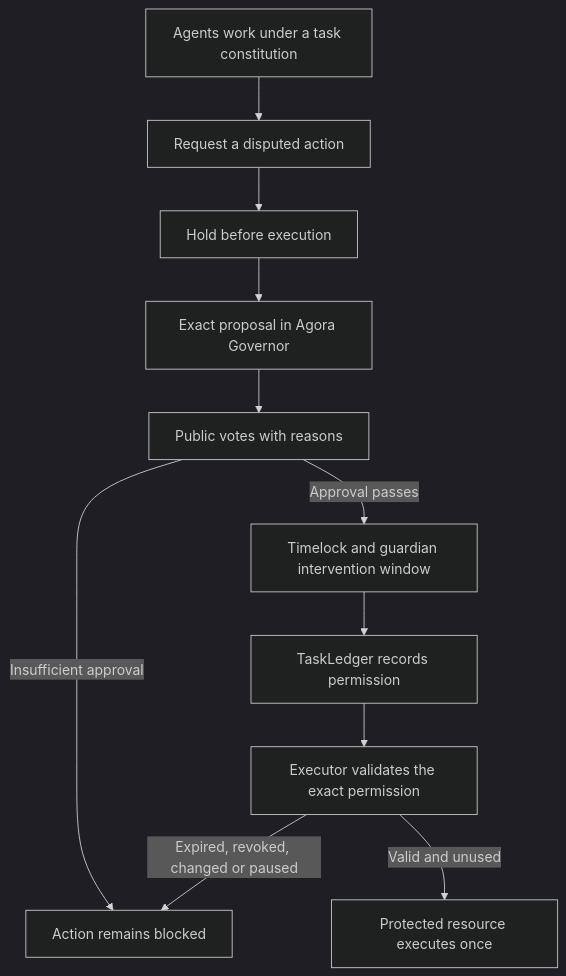
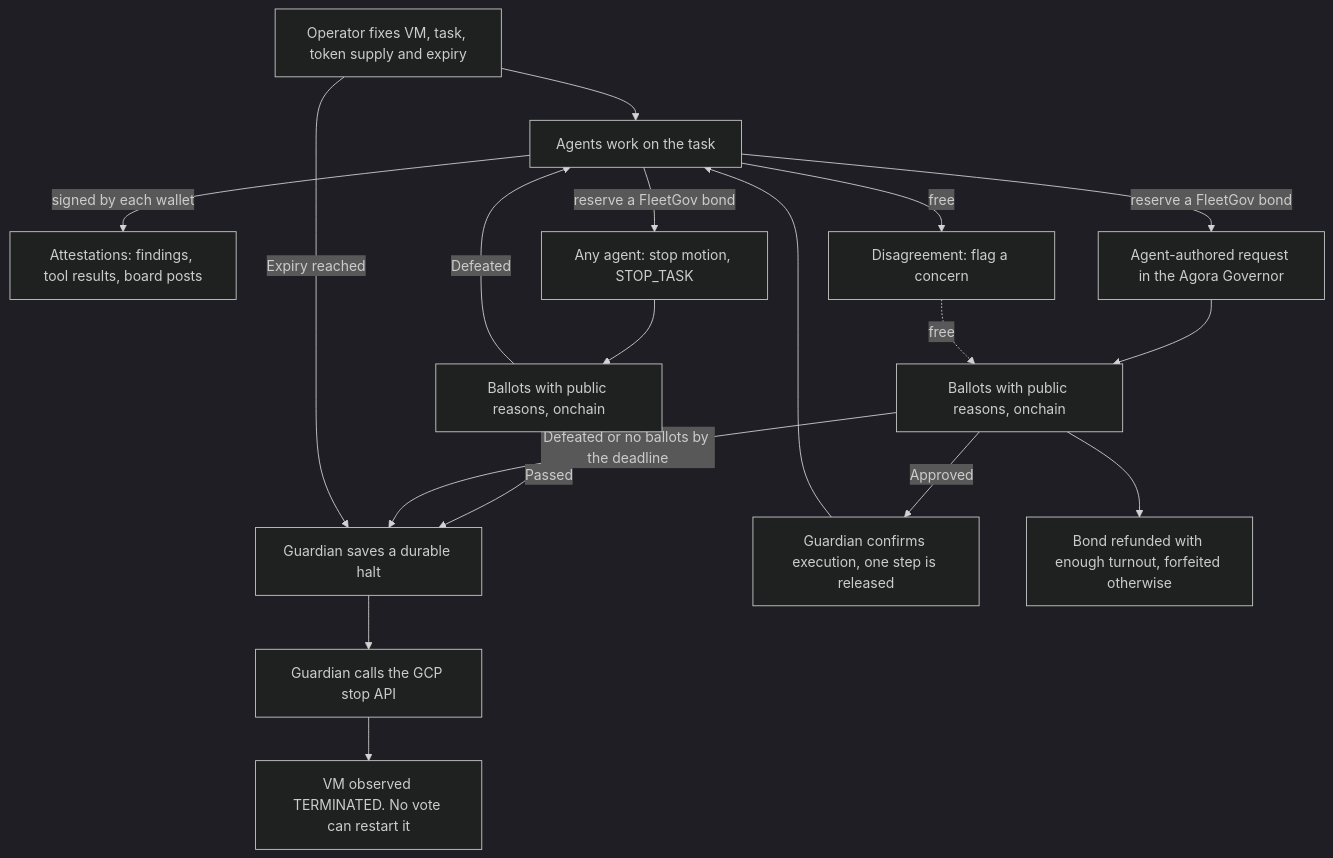
One commit to kent/fleet-governance changed the diagram in README.md. Above: the diagram before and after it, drawn with Mermaid (dark theme). The commit also changed other lines of this file and 25 other files, not shown here.

````diff
--- a/README.md
+++ b/README.md
@@ -148,13 +162,20 @@
 ```mermaid
 flowchart TD
-    Work[Agents work under a task constitution] --> Request[Request a disputed action]
-    Request --> Hold[Hold before execution]
-    Hold --> Proposal[Exact proposal in Agora Governor]
-    Proposal --> Vote[Public votes with reasons]
-    Vote -->|Insufficient approval| Block[Action remains blocked]
-    Vote -->|Approval passes| Timelock[Timelock and guardian intervention window]
-    Timelock --> Ledger[TaskLedger records permission]
-    Ledger --> Check[Executor validates the exact permission]
-    Check -->|Valid and unused| Resource[Protected resource executes once]
-    Check -->|Expired, revoked, changed or paused| Block
+    Fix[Operator fixes VM, task, token supply and expiry] --> Work[Agents work on the task]
+    Work -->|signed by each wallet| Attest[Attestations: findings, tool results, board posts]
+    Work -->|free| Concern[Disagreement: flag a concern]
+    Work -->|reserve a FleetGov bond| Proposal[Agent-authored request in the Agora Governor]
+    Work -->|reserve a FleetGov bond| Motion[Any agent: stop motion, STOP_TASK]
+    Motion --> StopVote[Ballots with public reasons, onchain]
+    StopVote -->|Passed| Halt
+    StopVote -->|Defeated| Work
+    Proposal --> Vote[Ballots with public reasons, onchain]
+    Concern -.->|free| Vote
+    Vote -->|Approved| Release[Guardian confirms execution, one step is released]
+    Release --> Work
+    Vote -->|Defeated or no ballots by the deadline| Halt[Guardian saves a durable halt]
+    Fix -->|Expiry reached| Halt
+    Halt --> Stop[Guardian calls the GCP stop API]
+    Stop --> Off[VM observed TERMINATED. No vote can restart it]
+    Vote --> Bond[Bond refunded with enough turnout, forfeited otherwise]
 ```
````
